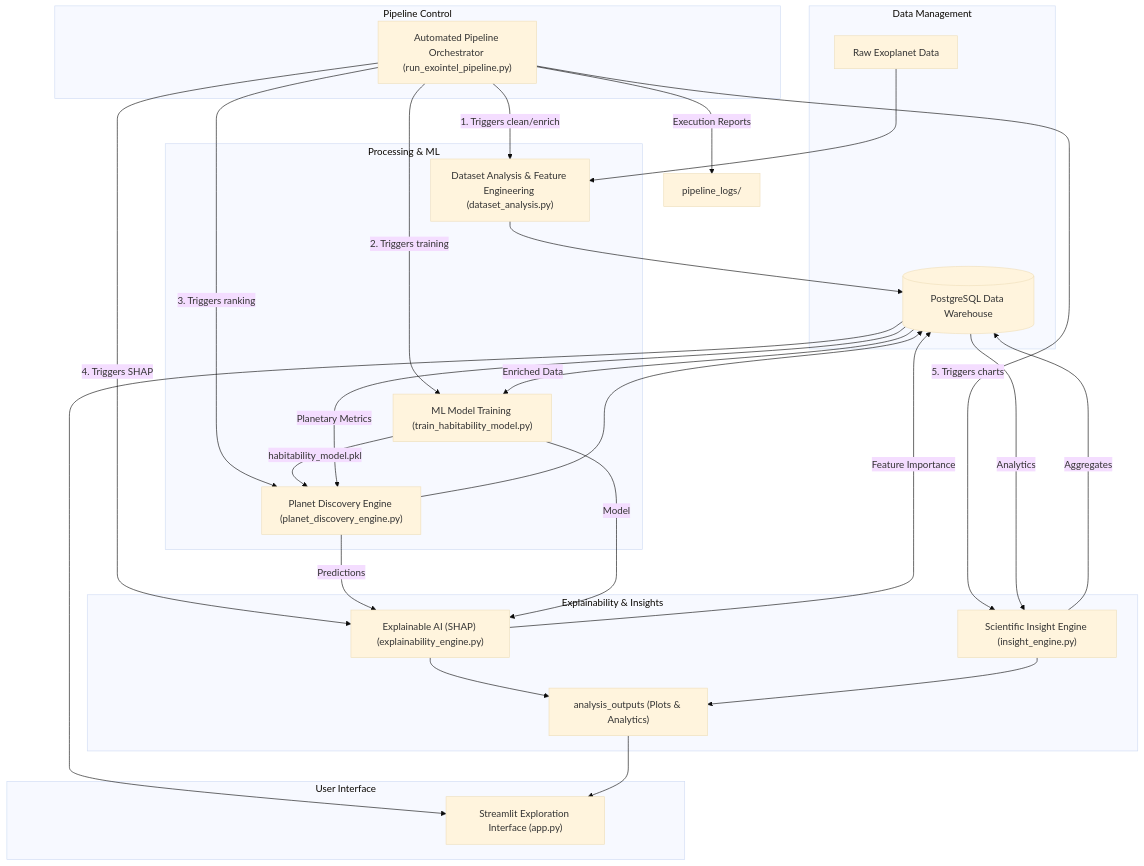
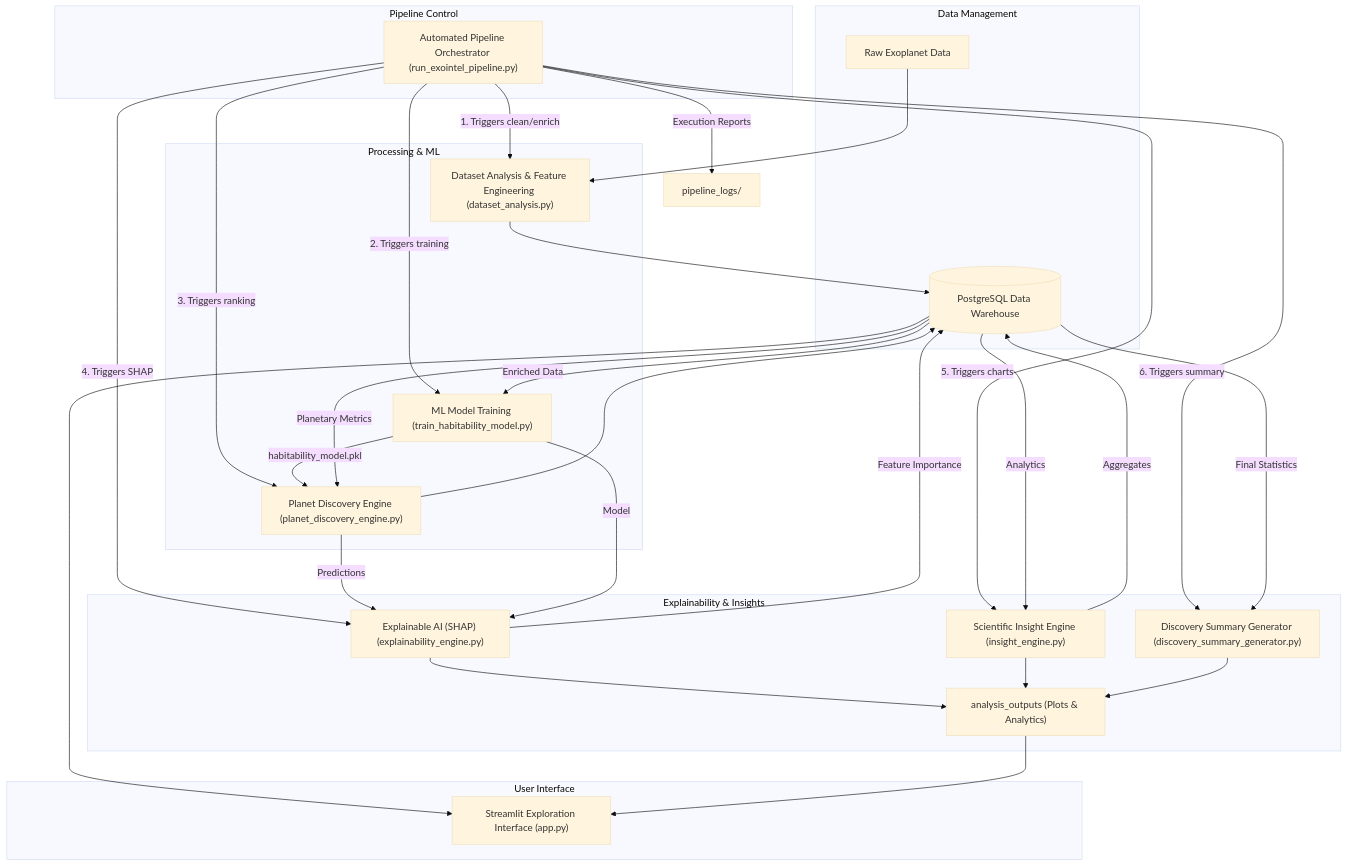
One commit to saiiexd/exo-intel-platform changed the diagram in docs/system_architecture.md. Above: the diagram before and after it, drawn with Mermaid (base theme). The commit also changed other lines of this file and 54 other files, not shown here.

````diff
--- a/docs/system_architecture.md
+++ b/docs/system_architecture.md
@@ -9,59 +9,64 @@
 ```mermaid
 graph TD
     %% Orchestrator Layer
     subgraph Orchestrator_Layer ["Pipeline Control"]
         Orchestrator["Automated Pipeline Orchestrator (run_exointel_pipeline.py)"]
     end
 
     %% Data Layer
     subgraph Data_Layer ["Data Management"]
         DB[("PostgreSQL Data Warehouse")]
         RawData["Raw Exoplanet Data"]
     end
 
     %% Processing Layer
     subgraph Processing_Layer ["Processing & ML"]
         Analysis["Dataset Analysis & Feature Engineering (dataset_analysis.py)"]
         Training["ML Model Training (train_habitability_model.py)"]
         Discovery["Planet Discovery Engine (planet_discovery_engine.py)"]
     end
 
     %% Analysis Layer
     subgraph Analysis_Layer ["Explainability & Insights"]
         SHAP["Explainable AI (SHAP) (explainability_engine.py)"]
         Insights["Scientific Insight Engine (insight_engine.py)"]
+        Summary["Discovery Summary Generator (discovery_summary_generator.py)"]
         Reports["analysis_outputs (Plots & Analytics)"]
     end
 
     %% Frontend Layer
     subgraph Frontend_Layer ["User Interface"]
         Streamlit["Streamlit Exploration Interface (app.py)"]
     end
 
     %% Data Flows
     Orchestrator -- "1. Triggers clean/enrich" --> Analysis
     Orchestrator -- "2. Triggers training" --> Training
     Orchestrator -- "3. Triggers ranking" --> Discovery
     Orchestrator -- "4. Triggers SHAP" --> SHAP
     Orchestrator -- "5. Triggers charts" --> Insights
+    Orchestrator -- "6. Triggers summary" --> Summary
 
     RawData --> Analysis
     Analysis --> DB
     DB -- "Enriched Data" --> Training
     Training -- "habitability_model.pkl" --> Discovery
     DB -- "Planetary Metrics" --> Discovery
     Discovery --> DB
     
     Discovery -- "Predictions" --> SHAP
     Training -- "Model" --> SHAP
     SHAP -- "Feature Importance" --> DB
     SHAP --> Reports
     
     DB -- "Analytics" --> Insights
     Insights --> Reports
     Insights -- "Aggregates" --> DB
 
+    DB -- "Final Statistics" --> Summary
+    Summary --> Reports
+
     DB --> Streamlit
     Reports --> Streamlit
     Orchestrator -- "Execution Reports" --> Logs["pipeline_logs/"]
 ```
````
